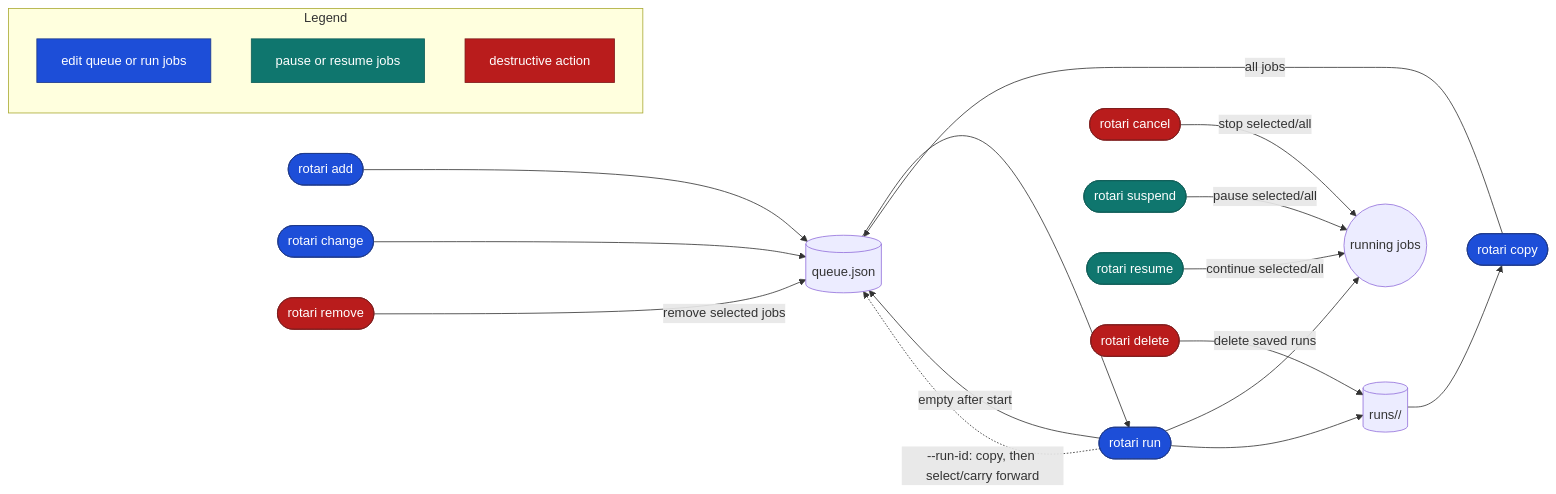
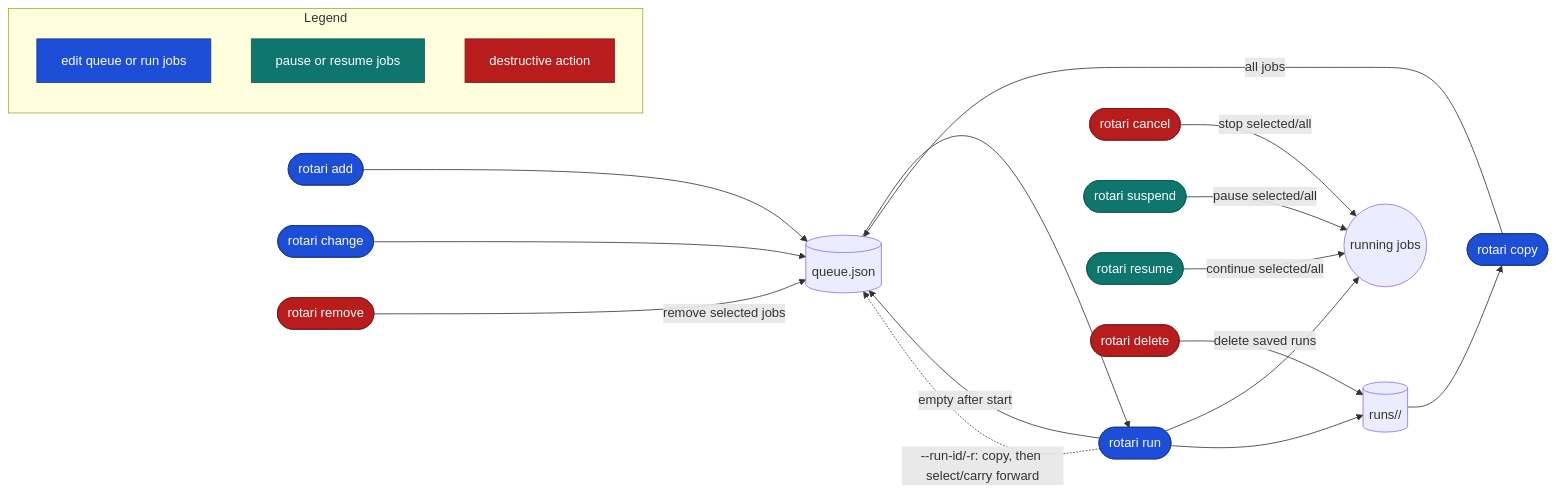
One commit to kamo-naoyuki/rotari changed the third of 3 diagrams in README.md. Above: the diagram before and after it, drawn with Mermaid. The commit also changed other lines of this file, not shown here.

````diff
--- a/README.md
+++ b/README.md
@@ -724,34 +796,34 @@
 ```mermaid
 flowchart LR
   add([rotari add]) --> queue[(queue.json)]
   change([rotari change]) --> queue
   remove([rotari remove]) -->|remove selected jobs| queue
 
   queue --> run([rotari run])
   run --> active((running jobs))
   run --> history[(runs/<run-id>/)]
   run -->|empty after start| queue
   history --> copy([rotari copy])
   copy -->|all jobs| queue
-  run -.->|--run-id: copy, then select/carry forward| queue
+  run -.->|--run-id/-r: copy, then select/carry forward| queue
   cancel([rotari cancel]) -->|stop selected/all| active
   suspend([rotari suspend]) -->|pause selected/all| active
   resume([rotari resume]) -->|continue selected/all| active
   delete([rotari delete]) -->|delete saved runs| history
 
   classDef edit fill:#1d4ed8,stroke:#1e3a8a,color:#ffffff
   classDef control fill:#0f766e,stroke:#115e59,color:#ffffff
   classDef destructive fill:#b91c1c,stroke:#7f1d1d,color:#ffffff
   class add,change,run,copy edit
   class suspend,resume control
   class remove,cancel,delete destructive
 
   subgraph legend[Legend]
     legendEdit[edit queue or run jobs]
     legendControl[pause or resume jobs]
     legendDestructive[destructive action]
   end
   class legendEdit edit
   class legendControl control
   class legendDestructive destructive
 ```
````
